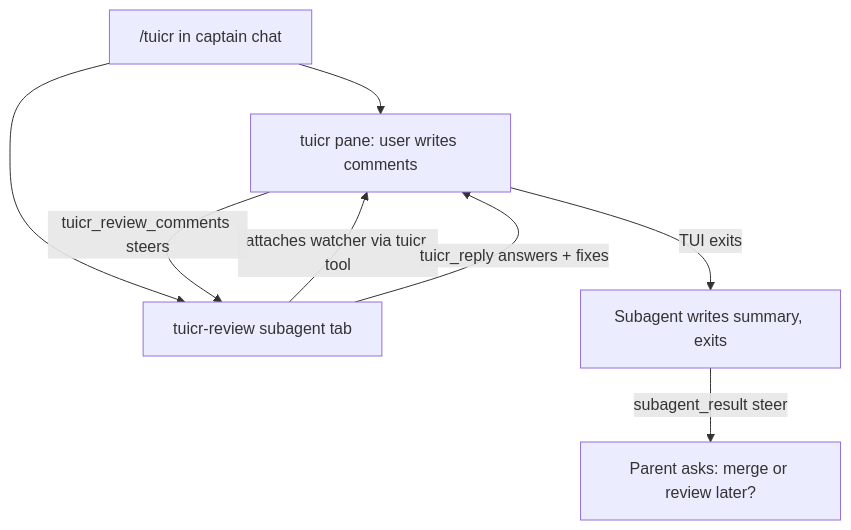
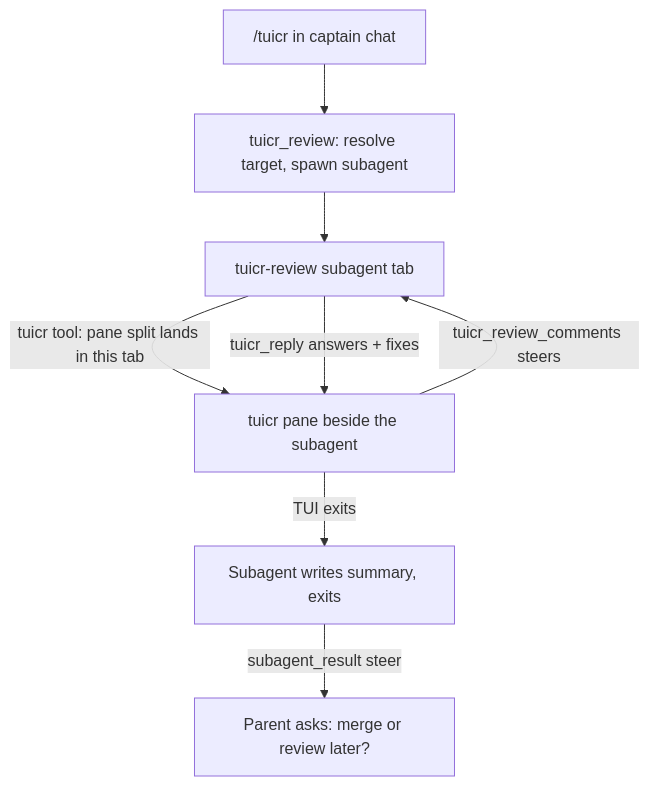
One commit to aviralmansingka/dotfiles changed the diagram in pi/.pi/agent/extensions/README-tuicr.md. Above: the diagram before and after it, drawn with Mermaid. The commit also changed other lines of this file and 7 other files, not shown here.

````diff
--- a/pi/.pi/agent/extensions/README-tuicr.md
+++ b/pi/.pi/agent/extensions/README-tuicr.md
@@ -20,10 +21,10 @@
 ```mermaid
 flowchart TD
-  A["/tuicr in captain chat"] --> B["tuicr pane: user writes comments"]
-  A --> C["tuicr-review subagent tab"]
-  C -->|attaches watcher via tuicr tool| B
-  B -->|tuicr_review_comments steers| C
-  C -->|tuicr_reply answers + fixes| B
-  B -->|TUI exits| D["Subagent writes summary, exits"]
-  D -->|subagent_result steer| E["Parent asks: merge or review later?"]
+  A["/tuicr in captain chat"] --> B["tuicr_review: resolve target, spawn subagent"]
+  B --> C["tuicr-review subagent tab"]
+  C -->|"tuicr tool: pane split lands in this tab"| D["tuicr pane beside the subagent"]
+  D -->|tuicr_review_comments steers| C
+  C -->|tuicr_reply answers + fixes| D
+  D -->|TUI exits| E["Subagent writes summary, exits"]
+  E -->|subagent_result steer| F["Parent asks: merge or review later?"]
 ```
````
